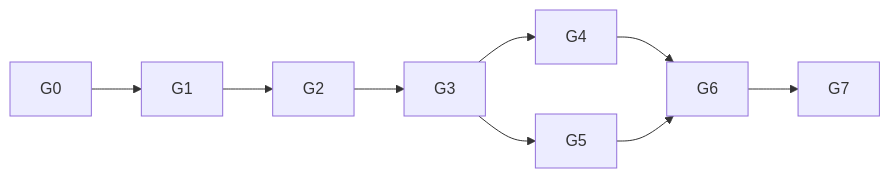
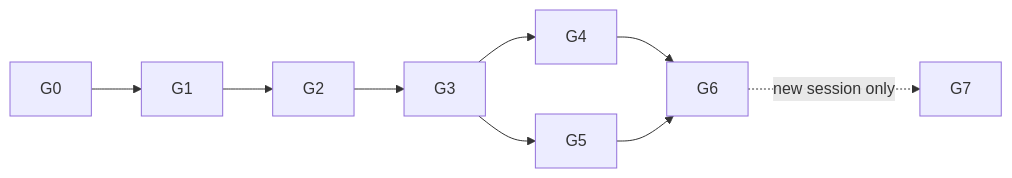
The diagram in docs/plans/application-build.md (timianmalloo/CFD-Workbench), drawn with Mermaid before and after one commit. The commit also changed other lines of this file and 5 other files, not shown here.

````diff
--- a/docs/plans/application-build.md
+++ b/docs/plans/application-build.md
@@ -58,6 +58,7 @@
 ```mermaid
 flowchart LR
 G0 --> G1 --> G2 --> G3
-G3 --> G4 --> G6 --> G7
+G3 --> G4 --> G6
 G3 --> G5 --> G6
+G6 -. new session only .-> G7
 ```
````
